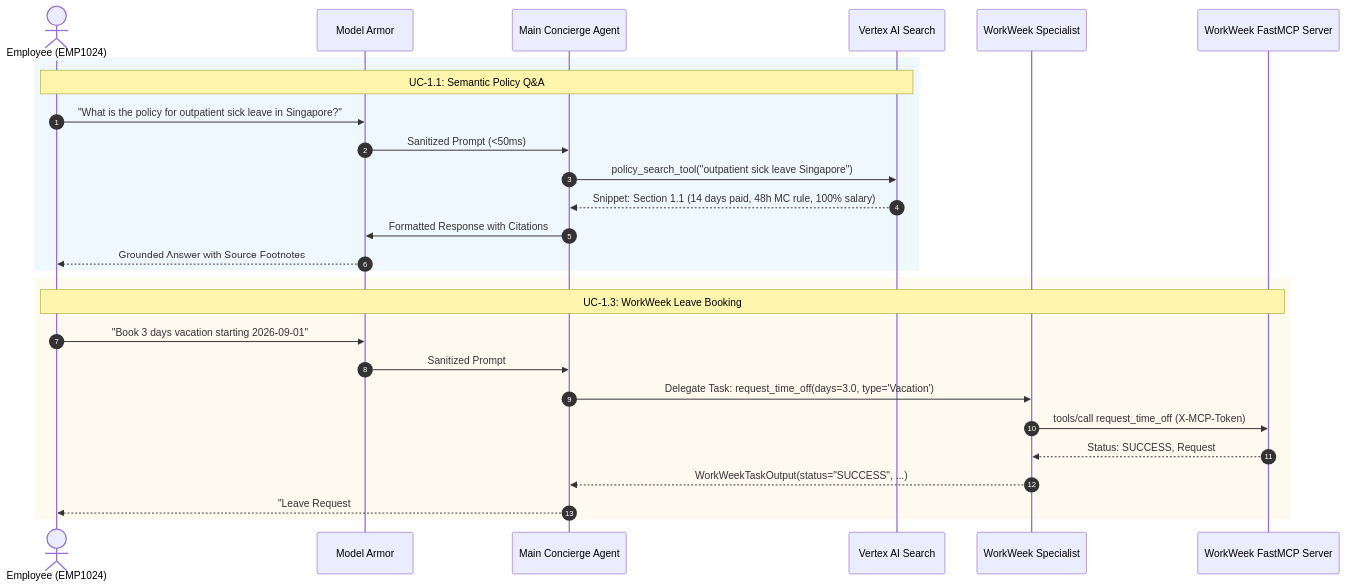
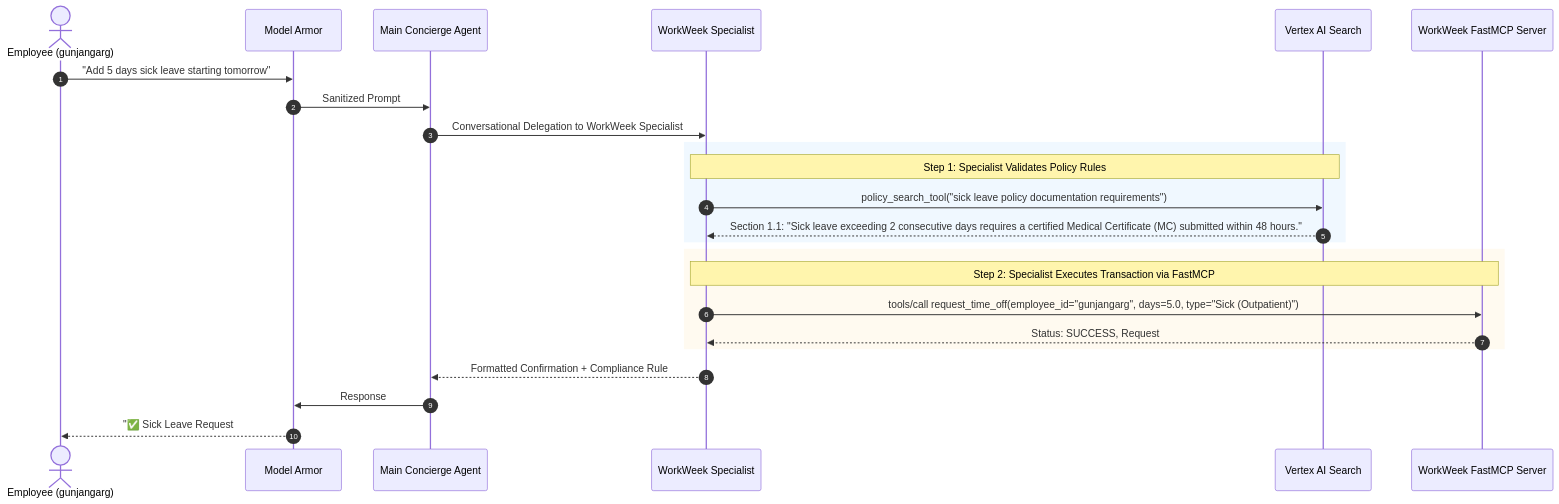
The third of 5 diagrams in docs/SOLUTION_DESIGN_DOCUMENT.md (gungarg/elevate-hr-agent), drawn with Mermaid before and after one commit. The commit also changed other lines of this file and 5 other files, not shown here.

Commit message:
docs: align SDD Revision 5.0 with enterprise 10-section format, Option 2 autonomous specialist policy validation, and Vertex AI Search

````diff
--- a/docs/SOLUTION_DESIGN_DOCUMENT.md
+++ b/docs/SOLUTION_DESIGN_DOCUMENT.md
@@ -262,33 +233,30 @@
 ```mermaid
 sequenceDiagram
     autonumber
-    actor User as Employee (EMP1024)
+    actor User as Employee (gunjangarg)
     participant MA as Model Armor
     participant CA as Main Concierge Agent
+    participant WW as WorkWeek Specialist
     participant VAS as Vertex AI Search
-    participant WW as WorkWeek Specialist
     participant WWMCP as WorkWeek FastMCP Server
 
-    %% Scenario 1: Policy Q&A (1 Turn via Vertex AI Search)
+    User->>MA: "Add 5 days sick leave starting tomorrow"
+    MA->>CA: Sanitized Prompt
+    CA->>WW: Conversational Delegation to WorkWeek Specialist
+    
     rect rgb(240, 248, 255)
-    Note over User, VAS: UC-1.1: Semantic Policy Q&A
-    User->>MA: "What is the policy for outpatient sick leave in Singapore?"
-    MA->>CA: Sanitized Prompt (<50ms)
-    CA->>VAS: policy_search_tool("outpatient sick leave Singapore")
-    VAS-->>CA: Snippet: Section 1.1 (14 days paid, 48h MC rule, 100% salary)
-    CA->>MA: Formatted Response with Citations
-    MA-->>User: Grounded Answer with Source Footnotes
+    Note over WW, VAS: Step 1: Specialist Validates Policy Rules
+    WW->>VAS: policy_search_tool("sick leave policy documentation requirements")
+    VAS-->>WW: Section 1.1: "Sick leave exceeding 2 consecutive days requires a certified Medical Certificate (MC) submitted within 48 hours."
+    end
+    
+    rect rgb(255, 250, 240)
+    Note over WW, WWMCP: Step 2: Specialist Executes Transaction via FastMCP
+    WW->>WWMCP: tools/call request_time_off(employee_id="gunjangarg", days=5.0, type="Sick (Outpatient)")
+    WWMCP-->>WW: Status: SUCCESS, Request #9088, Remaining: 8.0 days
     end
 
-    %% Scenario 2: Transactional Leave Booking
-    rect rgb(255, 250, 240)
-    Note over User, WWMCP: UC-1.3: WorkWeek Leave Booking
-    User->>MA: "Book 3 days vacation starting 2026-09-01"
-    MA->>CA: Sanitized Prompt
-    CA->>WW: Delegate Task: request_time_off(days=3.0, type='Vacation')
-    WW->>WWMCP: tools/call request_time_off (X-MCP-Token)
-    WWMCP-->>WW: Status: SUCCESS, Request #8812, Remaining: 14.0 days
-    WW-->>CA: WorkWeekTaskOutput(status="SUCCESS", ...)
-    CA-->>User: "Leave Request #8812 approved! Remaining balance: 14.0 days."
-    end
+    WW-->>CA: Formatted Confirmation + Compliance Rule
+    CA->>MA: Response
+    MA-->>User: "✅ Sick Leave Request #9088 submitted for 5 days (Remaining: 8.0 days).<br>📄 Compliance Note: Per Section 1.1 of the Singapore Policy, please upload your Medical Certificate within 48 hours."
 ```
````
